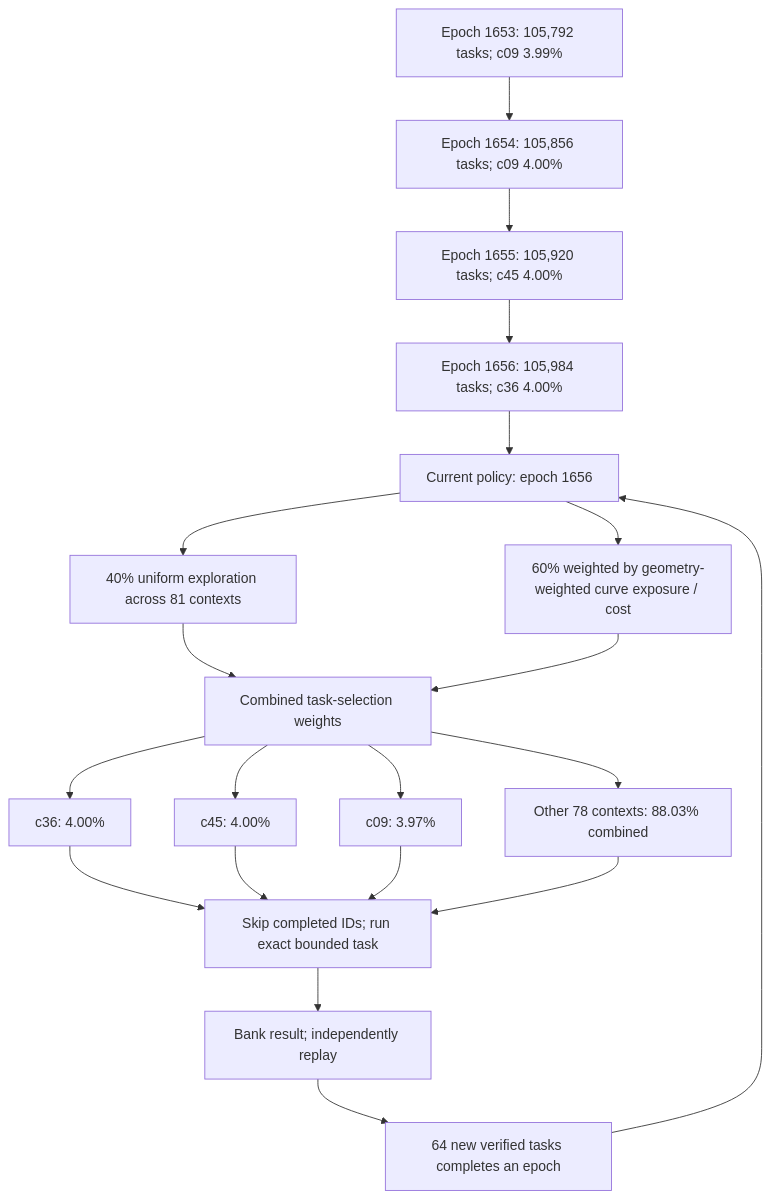
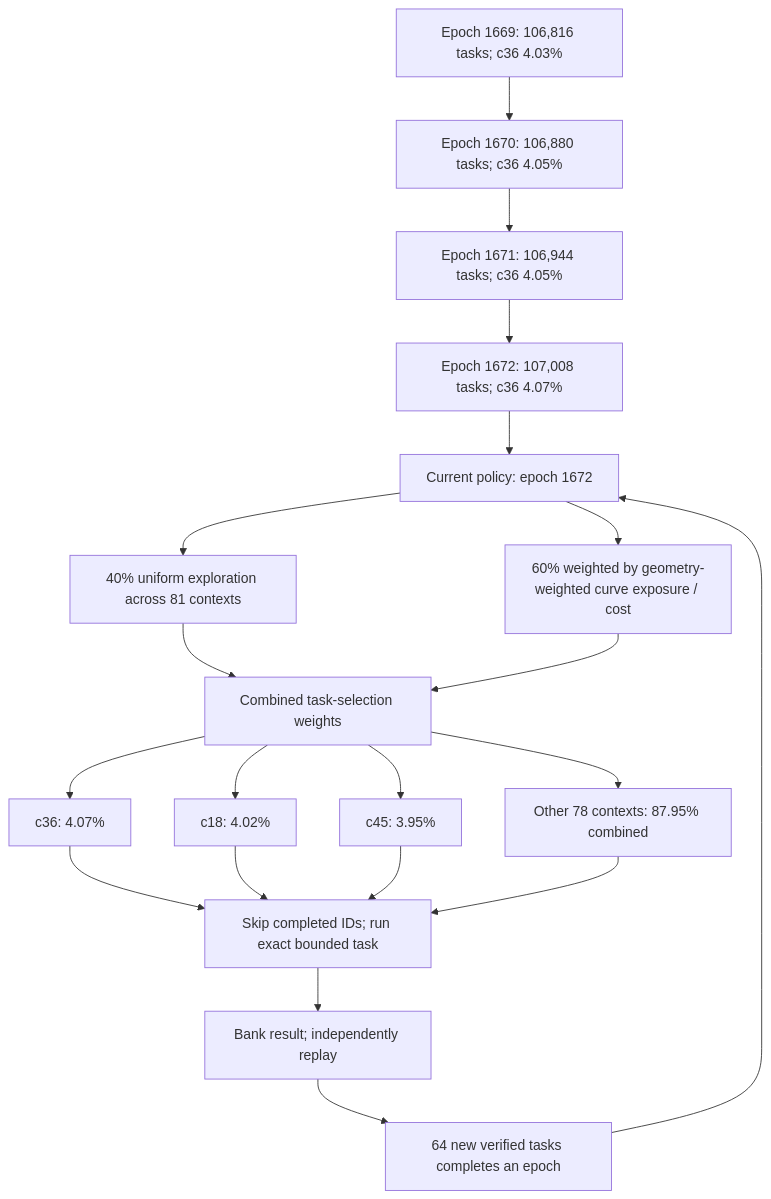
The first of 3 diagrams in README.md (Kuberwastaken/math-gambling), drawn with Mermaid before and after one commit. The commit also changed other lines of this file and 2137 other files, not shown here.

````diff
--- a/README.md
+++ b/README.md
@@ -56,27 +56,27 @@
 ```mermaid
 flowchart TD
-    H0["Epoch 1653: 105,792 tasks; c09 3.99%"]
-    H1["Epoch 1654: 105,856 tasks; c09 4.00%"]
+    H0["Epoch 1669: 106,816 tasks; c36 4.03%"]
+    H1["Epoch 1670: 106,880 tasks; c36 4.05%"]
     H0 --> H1
-    H2["Epoch 1655: 105,920 tasks; c45 4.00%"]
+    H2["Epoch 1671: 106,944 tasks; c36 4.05%"]
     H1 --> H2
-    H3["Epoch 1656: 105,984 tasks; c36 4.00%"]
+    H3["Epoch 1672: 107,008 tasks; c36 4.07%"]
     H2 --> H3
-    Policy["Current policy: epoch 1656"]
+    Policy["Current policy: epoch 1672"]
     H3 --> Policy
     Policy --> Explore["40% uniform exploration across 81 contexts"]
     Policy --> Cost["60% weighted by geometry-weighted curve exposure / cost"]
     Explore --> Mix["Combined task-selection weights"]
     Cost --> Mix
-    Mix --> C0["c36: 4.00%"]
-    Mix --> C1["c45: 4.00%"]
-    Mix --> C2["c09: 3.97%"]
-    Mix --> Rest["Other 78 contexts: 88.03% combined"]
+    Mix --> C0["c36: 4.07%"]
+    Mix --> C1["c18: 4.02%"]
+    Mix --> C2["c45: 3.95%"]
+    Mix --> Rest["Other 78 contexts: 87.95% combined"]
     C0 --> Check["Skip completed IDs; run exact bounded task"]
     C1 --> Check
     C2 --> Check
     Rest --> Check
     Check --> Replay["Bank result; independently replay"]
     Replay --> Gate["64 new verified tasks completes an epoch"]
     Gate --> Policy
 ```
````
